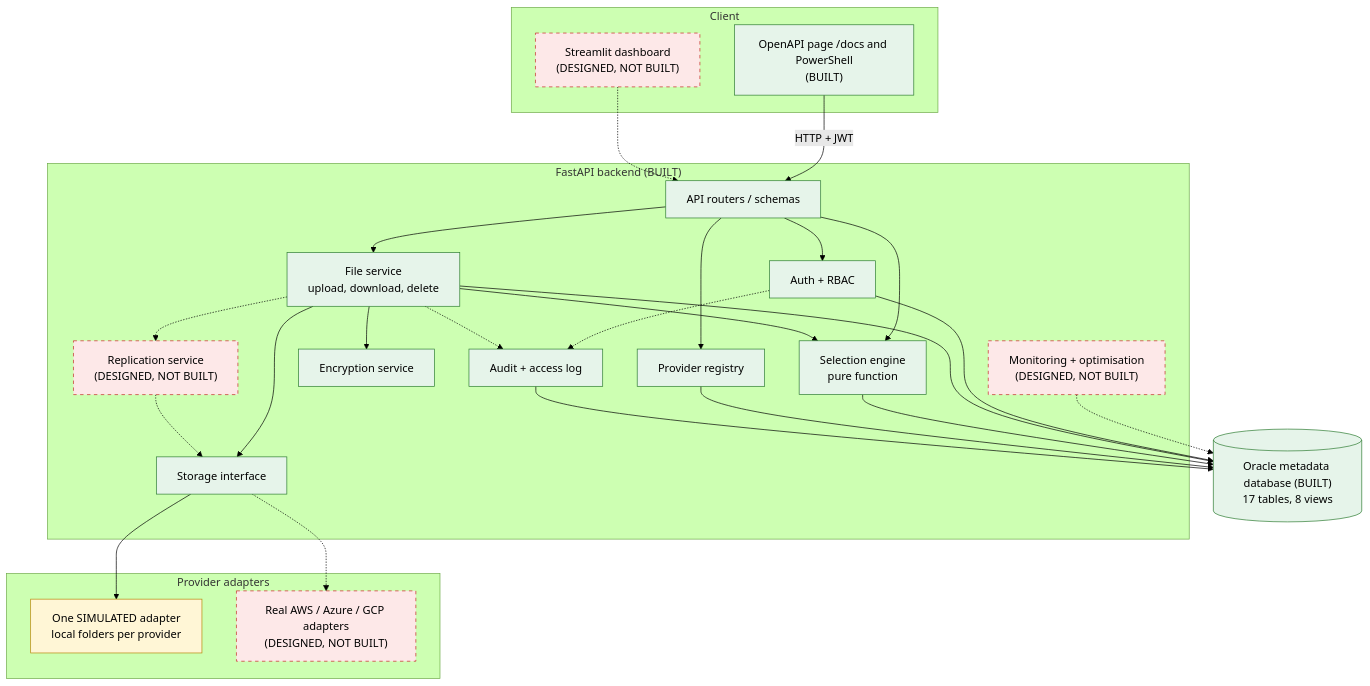
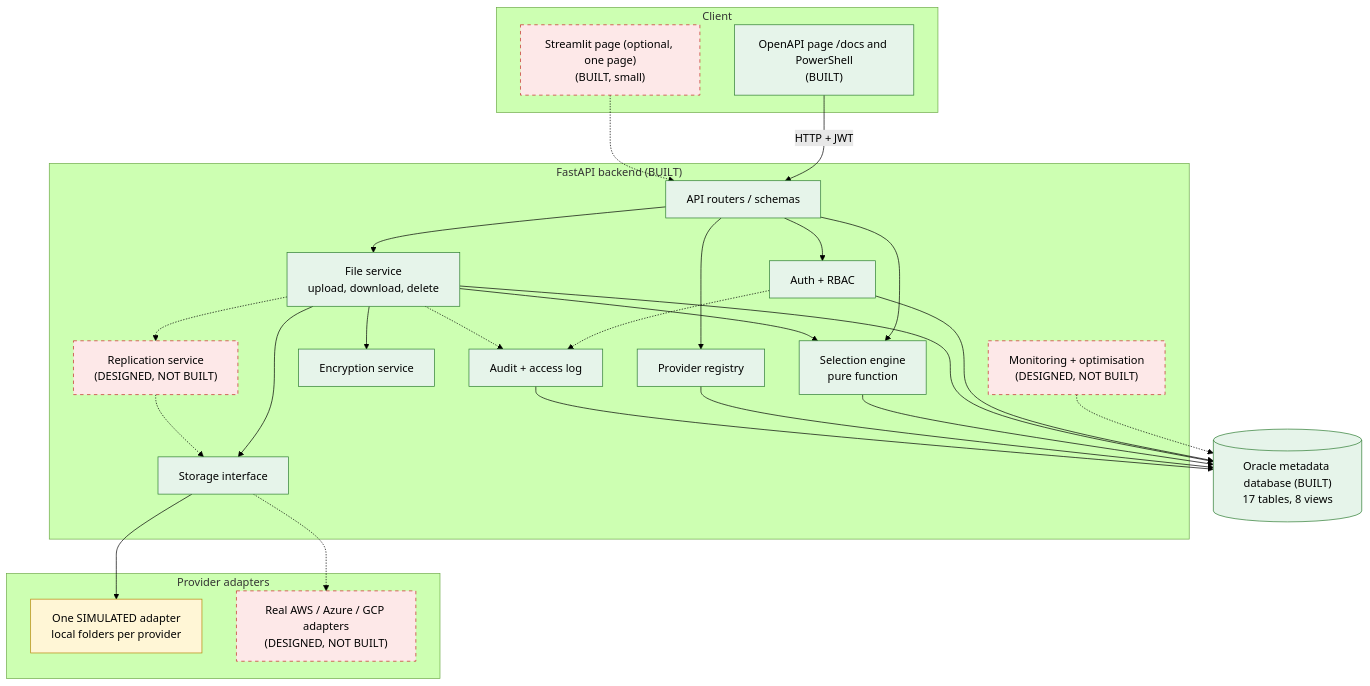
One commit to ChandhreshAKA/cloud-metadata-management changed the first of 2 diagrams in docs/00-design.md. Above: the diagram before and after it, drawn with Mermaid (forest theme). The commit also changed other lines of this file and 16 other files, not shown here.

First line of the commit message:
Chunk 7: scripted command-line demo, live SQL queries, file list and placement endpoints, optional Streamlit page

````diff
--- a/docs/00-design.md
+++ b/docs/00-design.md
@@ -75,53 +75,53 @@
 ```mermaid
 flowchart TB
     subgraph Client
-        UI["Streamlit dashboard<br/>(DESIGNED, NOT BUILT)"]
+        UI["Streamlit page (optional, one page)<br/>(BUILT, small)"]
         DOCS["OpenAPI page /docs and PowerShell<br/>(BUILT)"]
     end
     subgraph Backend["FastAPI backend (BUILT)"]
         API[API routers / schemas]
         AUTH[Auth + RBAC]
         FS[File service<br/>upload, download, delete]
         SEL[Selection engine<br/>pure function]
         REG[Provider registry]
         STG[Storage interface]
         ENC[Encryption service]
         AUD[Audit + access log]
         REP["Replication service<br/>(DESIGNED, NOT BUILT)"]
         MON["Monitoring + optimisation<br/>(DESIGNED, NOT BUILT)"]
     end
     subgraph Providers["Provider adapters"]
         SIMA["One SIMULATED adapter<br/>local folders per provider"]
         REAL["Real AWS / Azure / GCP adapters<br/>(DESIGNED, NOT BUILT)"]
     end
     DB[("Oracle metadata database (BUILT)<br/>17 tables, 8 views")]
 
     DOCS -->|HTTP + JWT| API
     UI -.-> API
     API --> AUTH
     API --> FS
     API --> REG
     API --> SEL
     FS --> SEL
     FS --> ENC
     FS --> STG
     STG --> SIMA
     STG -.-> REAL
     FS -.-> REP
     REP -.-> STG
     MON -.-> DB
     AUTH --> DB
     FS --> DB
     SEL --> DB
     REG --> DB
     AUTH -.-> AUD
     FS -.-> AUD
     AUD --> DB
 
     classDef notbuilt fill:#fde8e8,stroke:#c62828,stroke-dasharray:5 5,color:#000
     classDef simulated fill:#fff6d6,stroke:#b8860b,color:#000
     classDef built fill:#e6f4ea,stroke:#2e7d32,color:#000
     class UI,REP,MON,REAL notbuilt
     class SIMA simulated
     class DOCS,API,AUTH,FS,SEL,REG,STG,ENC,AUD,DB built
 ```
````
